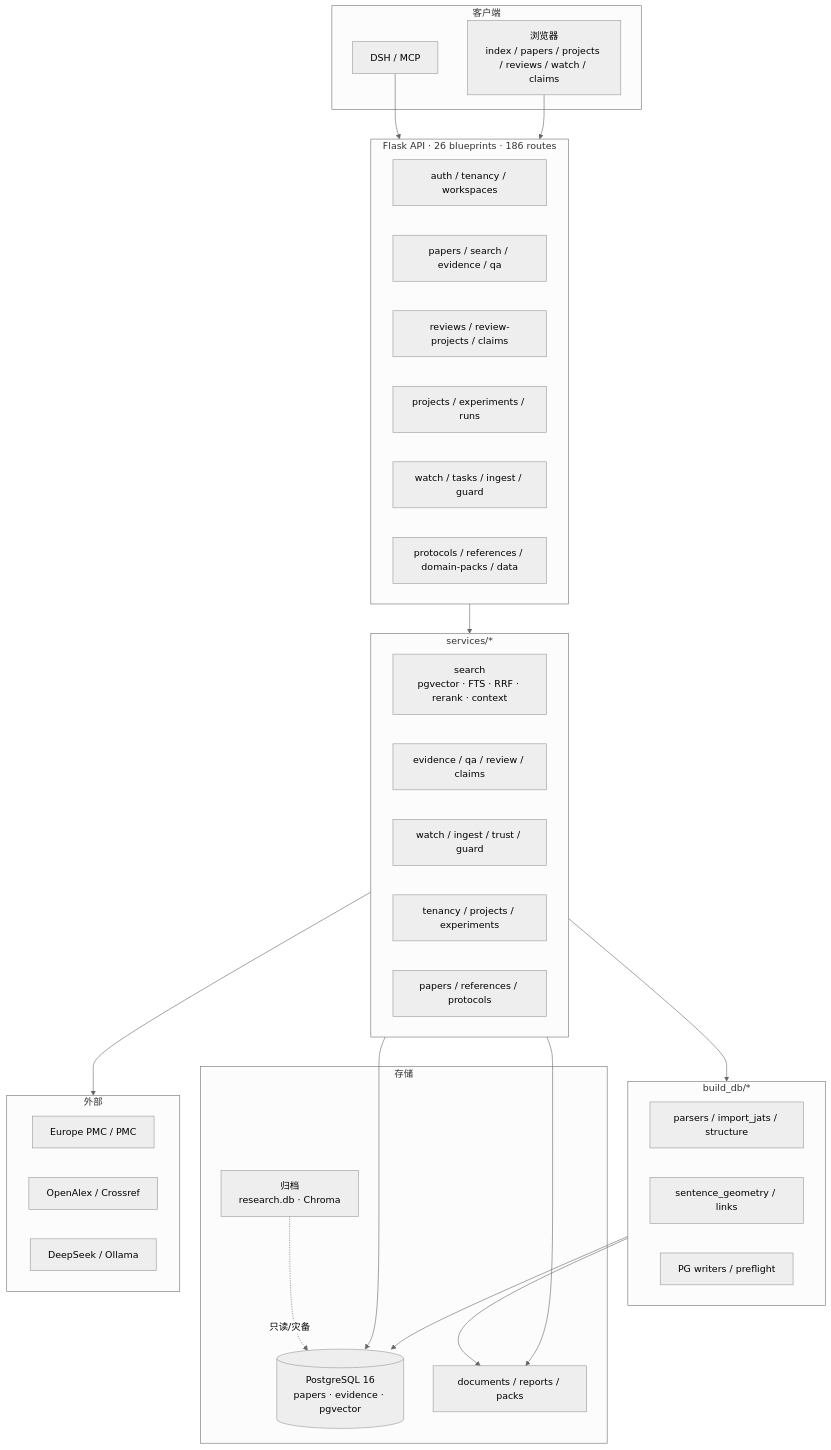
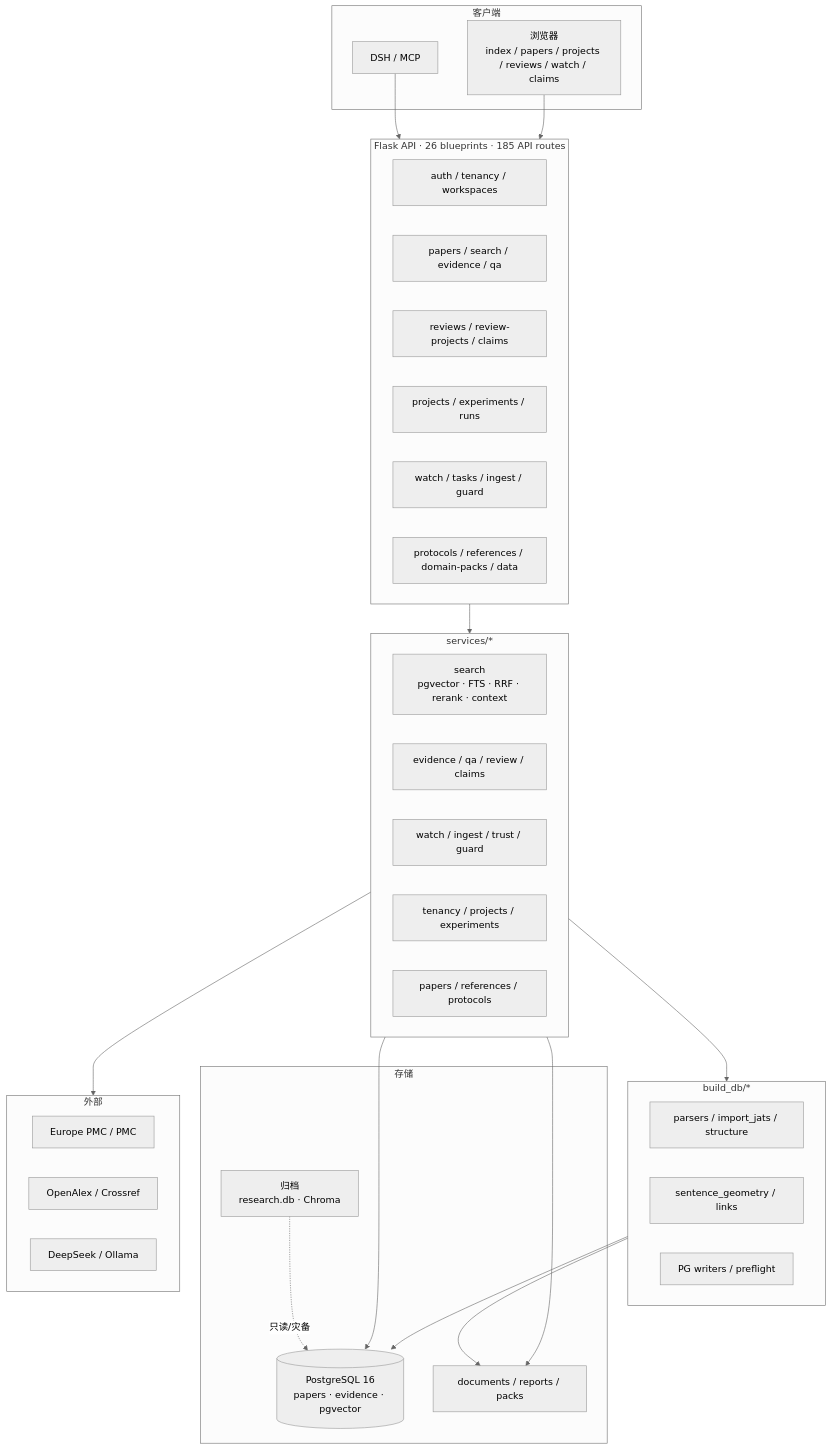
One commit to williamchen520/sci-pal changed the first of 2 diagrams in docs/架构与路由图.md. Above: the diagram before and after it, drawn with Mermaid (neutral theme). The commit also changed other lines of this file and 7 other files, not shown here.

Commit message:
feat: add P0 data-layer contract and architecture change approval rule [APPROVED_BY_HUMAN]

````diff
--- a/docs/架构与路由图.md
+++ b/docs/架构与路由图.md
@@ -31,53 +31,53 @@
 ```mermaid
 flowchart TB
   subgraph C["客户端"]
     DSH["DSH / MCP"]
     WEB["浏览器<br/>index / papers / projects / reviews / watch / claims"]
   end
 
-  subgraph API["Flask API · 26 blueprints · 186 routes"]
+  subgraph API["Flask API · 26 blueprints · 185 API routes"]
     R1["auth / tenancy / workspaces"]
     R2["papers / search / evidence / qa"]
     R3["reviews / review-projects / claims"]
     R4["projects / experiments / runs"]
     R5["watch / tasks / ingest / guard"]
     R6["protocols / references / domain-packs / data"]
   end
 
   subgraph SVC["services/*"]
     S1["search<br/>pgvector · FTS · RRF · rerank · context"]
     S2["evidence / qa / review / claims"]
     S3["watch / ingest / trust / guard"]
     S4["tenancy / projects / experiments"]
     S5["papers / references / protocols"]
   end
 
   subgraph BDB["build_db/*"]
     B1["parsers / import_jats / structure"]
     B2["sentence_geometry / links"]
     B3["PG writers / preflight"]
   end
 
   subgraph D["存储"]
     PG[("PostgreSQL 16<br/>papers · evidence · pgvector")]
     FS["documents / reports / packs"]
     AR["归档<br/>research.db · Chroma"]
   end
 
   subgraph X["外部"]
     EPMC["Europe PMC / PMC"]
     OA["OpenAlex / Crossref"]
     LLM["DeepSeek / Ollama"]
   end
 
   DSH --> API
   WEB --> API
   API --> SVC
   SVC --> BDB
   SVC --> PG
   BDB --> PG
   BDB --> FS
   SVC --> FS
   SVC --> X
   AR -.->|只读/灾备| PG
 ```
````
